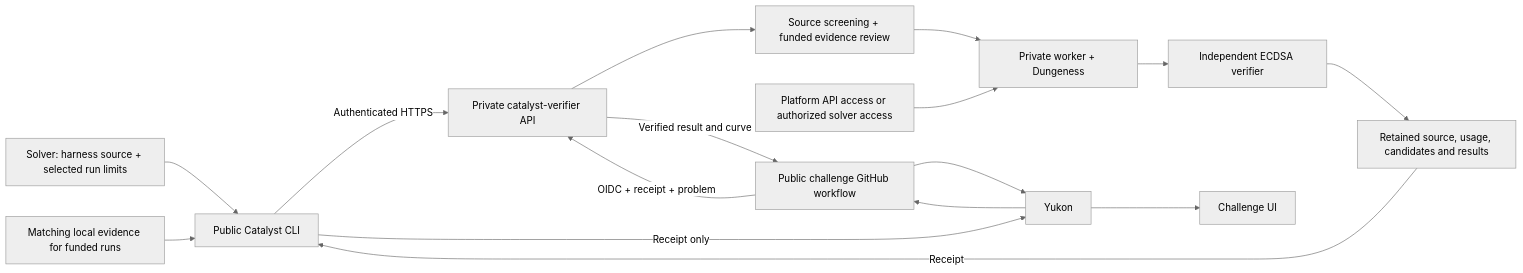
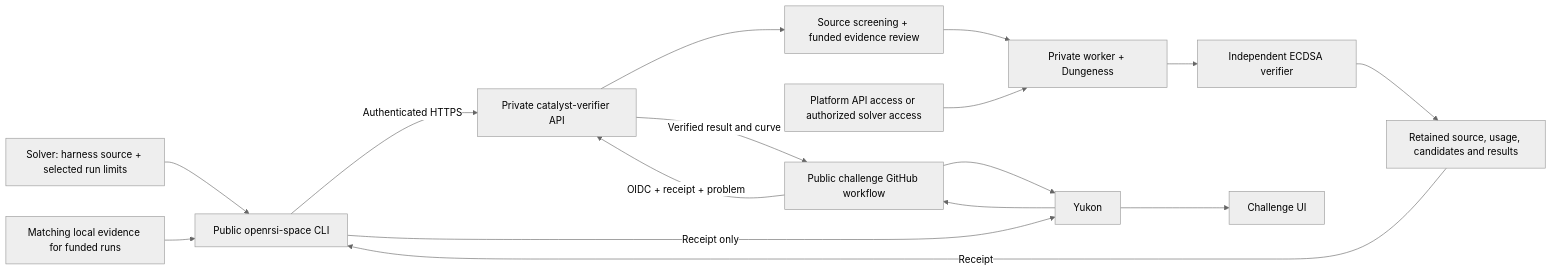
The diagram in docs/architecture.md (Layr-Labs/openrsi-space), drawn with Mermaid (neutral theme) before and after one commit. The commit also changed other lines of this file and 59 other files, not shown here.

Commit message:
Rename solver CLI to openrsi-space and align OpenRSI documentation

````diff
--- a/docs/architecture.md
+++ b/docs/architecture.md
@@ -40,18 +47,18 @@
 ```mermaid
 flowchart LR
-    Solver[Solver: harness source + selected run limits] --> Client[Public Catalyst CLI]
+    Solver[Solver: harness source + selected run limits] --> Client[Public openrsi-space CLI]
     Local[Matching local evidence for funded runs] --> Client
     Client -->|Authenticated HTTPS| API[Private catalyst-verifier API]
     API --> Review[Source screening + funded evidence review]
     Review --> Worker[Private worker + Dungeness]
     Access[Platform API access or authorized solver access] --> Worker
     Worker --> Verify[Independent ECDSA verifier]
     Verify --> Evidence[Retained source, usage, candidates and results]
     Evidence -->|Receipt| Client
     Client -->|Receipt only| Yukon[Yukon]
     Yukon --> Actions[Public challenge GitHub workflow]
     Actions -->|OIDC + receipt + problem| API
     API -->|Verified result and curve| Actions
     Actions --> Yukon
     Yukon --> UI[Challenge UI]
 ```
````
